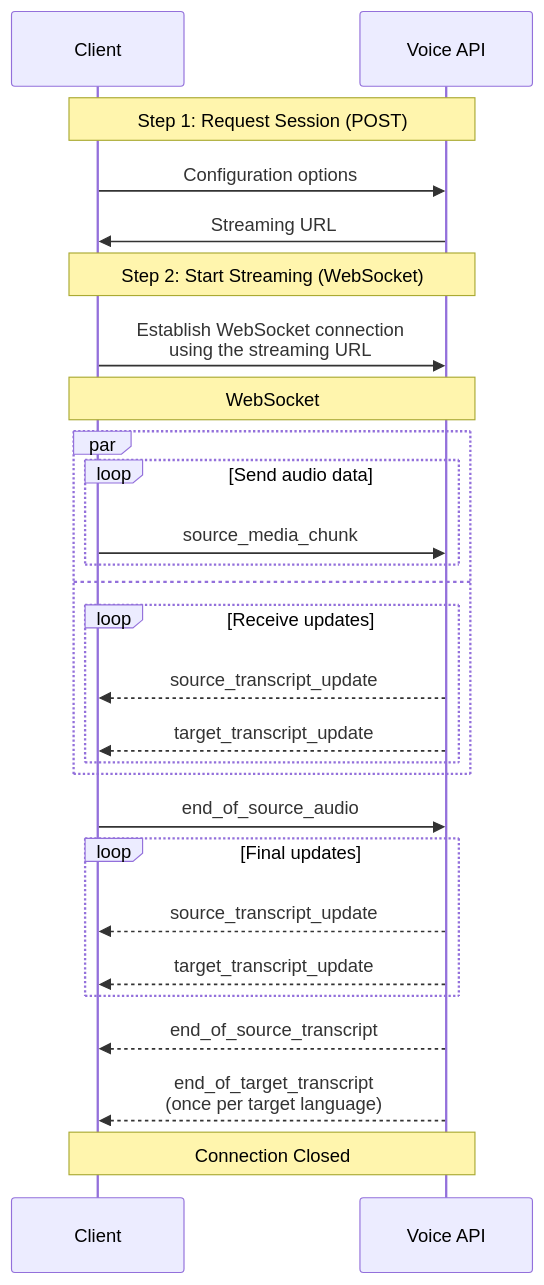
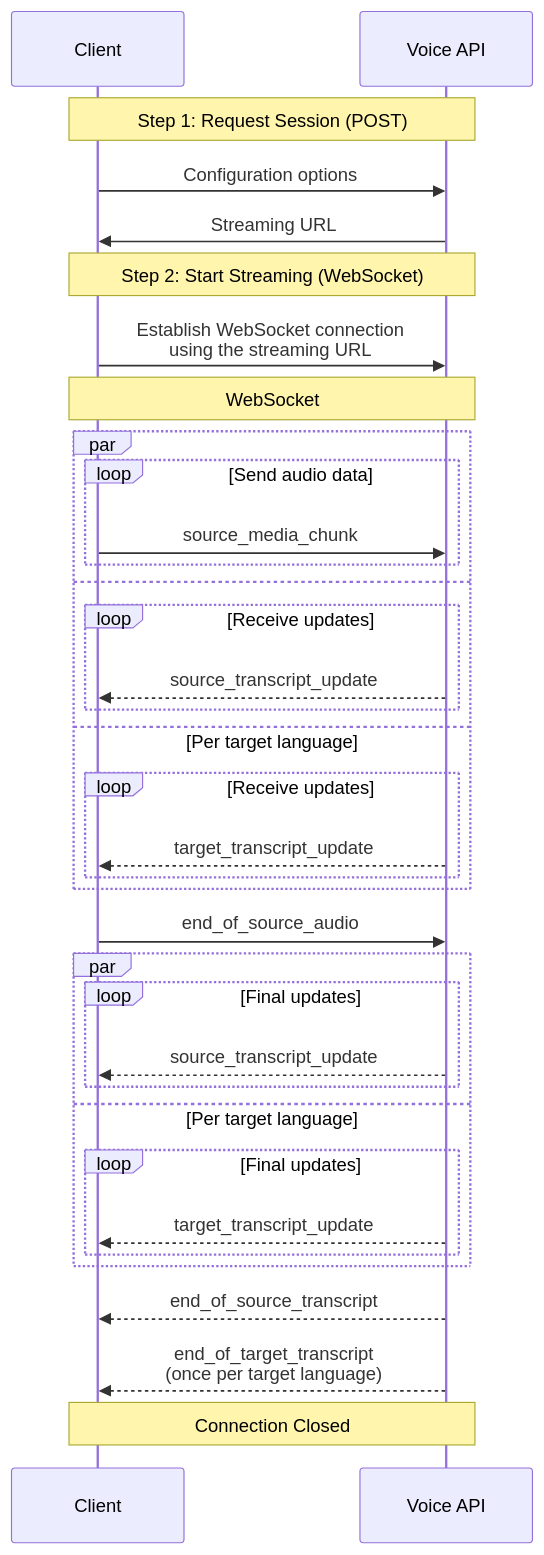
One commit to DeepLcom/api-docs changed the diagram in api-reference/voice.mdx. Above: the diagram before and after it, drawn with Mermaid.

Commit message:
feat(voice): [ACL-2127] update sequence diagram to clarify target language updates

````diff
--- a/api-reference/voice.mdx
+++ b/api-reference/voice.mdx
@@ -99,40 +99,48 @@
 ```mermaid
 sequenceDiagram
     participant Client
     participant Voice API
 
     Note over Client,Voice API: Step 1: Request Session (POST)
 
     Client->>Voice API: Configuration options
     Voice API->>Client: Streaming URL
 
     Note over Client,Voice API: Step 2: Start Streaming (WebSocket)
 
     Client->>Voice API: Establish WebSocket connection<br>using the streaming URL
 
     Note over Client,Voice API: WebSocket
 
     par 
       loop Send audio data
         Client->>Voice API: source_media_chunk
       end
     and 
       loop Receive updates
         Voice API-->>Client: source_transcript_update
+      end
+    and Per target language
+      loop Receive updates
         Voice API-->>Client: target_transcript_update
       end
     end
 
     Client->>Voice API: end_of_source_audio
 
-    loop Final updates
+    par
+      loop Final updates
         Voice API-->>Client: source_transcript_update
+      end
+    and Per target language
+      loop Final updates
         Voice API-->>Client: target_transcript_update
+      end
     end
 
     Voice API-->>Client: end_of_source_transcript
 
     Voice API-->>Client: end_of_target_transcript<br>(once per target language)
 
     Note over Client,Voice API: Connection Closed
 ```
````
